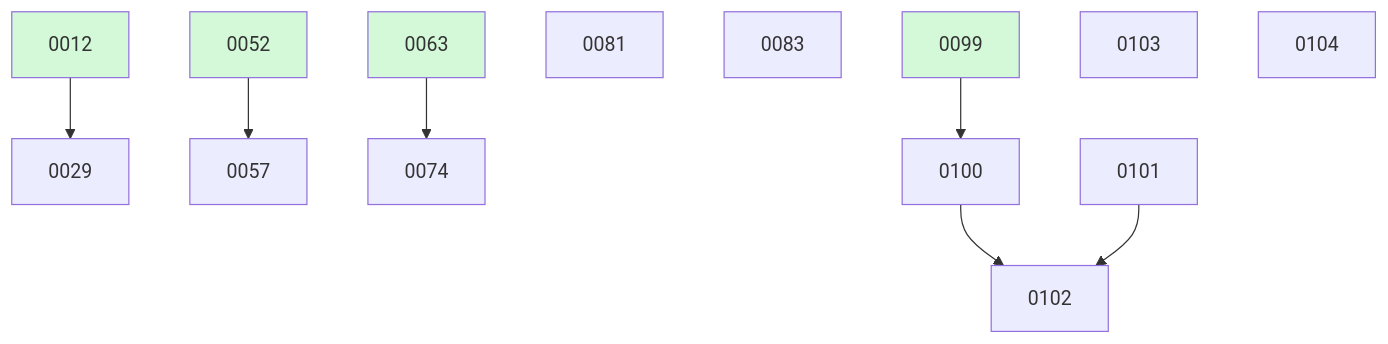
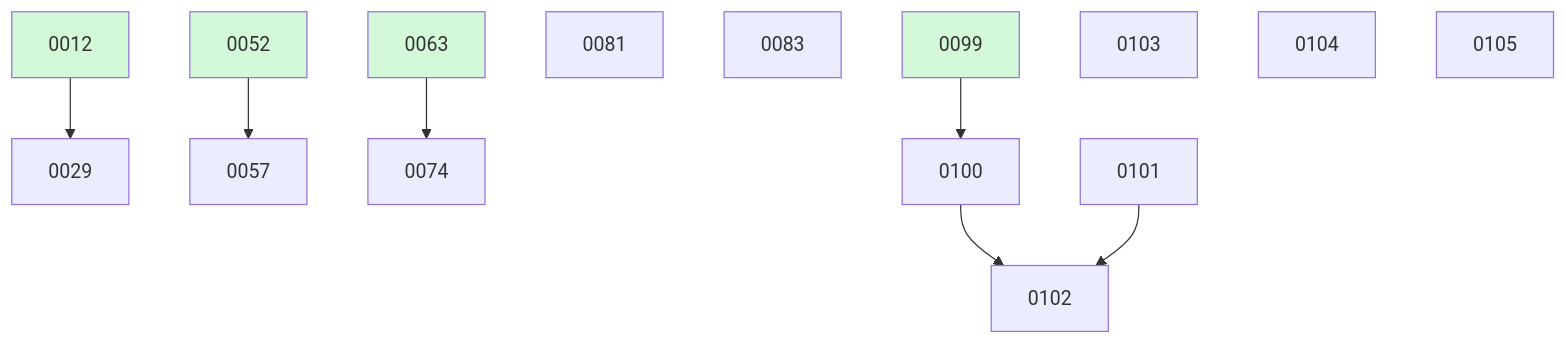
The diagram in docs/changes/BOARD.md (ethanhinson/fuse), drawn with Mermaid before and after one commit. The commit also changed other lines of this file and 1 other file, not shown here.

````diff
--- a/docs/changes/BOARD.md
+++ b/docs/changes/BOARD.md
@@ -35,19 +36,20 @@
 ```mermaid
 graph TD
   0012 --> 0029
   0052 --> 0057
   0063 --> 0074
   0081
   0083
   0099 --> 0100
   0101
   0100 --> 0102
   0101 --> 0102
   0103
   0104
+  0105
   0012:::done
   0052:::done
   0063:::done
   0099:::done
   classDef done fill:#d3f9d8;
 ```
````
